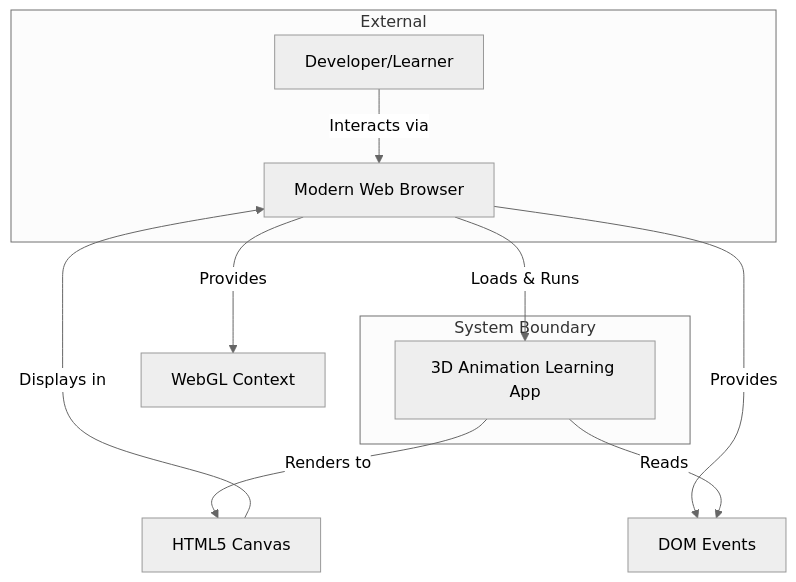
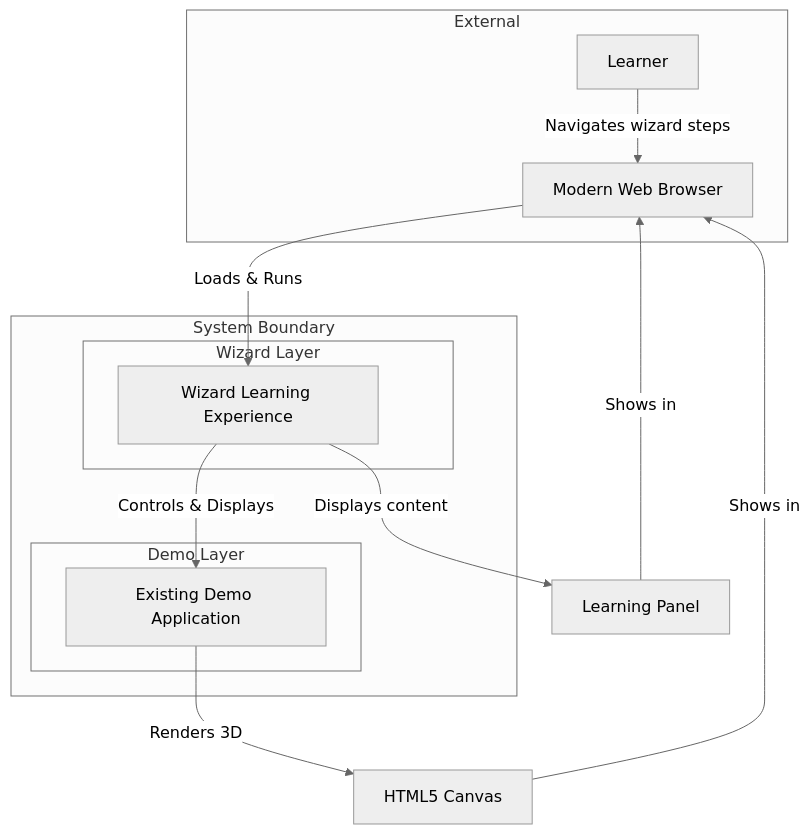
Before and after one commit to Jobaben/BmadWorkflow: the first of 3 diagrams in bmad/02-architecture/ARCHITECTURE.md, drawn with Mermaid (neutral theme). The commit also changed other lines of this file and 1 other file, not shown here.

First line of the commit message:
docs: Update Architecture v2.0 for Wizard Learning Experience

````diff
--- a/bmad/02-architecture/ARCHITECTURE.md
+++ b/bmad/02-architecture/ARCHITECTURE.md
@@ -51,20 +50,24 @@
 ```mermaid
 graph TB
     subgraph External
-        U[Developer/Learner]
+        U[Learner]
         B[Modern Web Browser]
     end
 
     subgraph "System Boundary"
-        SPA[3D Animation Learning App]
+        subgraph "Wizard Layer"
+            WL[Wizard Learning Experience]
+        end
+        subgraph "Demo Layer"
+            DL[Existing Demo Application]
+        end
     end
 
-    U -->|Interacts via| B
-    B -->|Loads & Runs| SPA
-    B -->|Provides| WebGL[WebGL Context]
-    B -->|Provides| Events[DOM Events]
-
-    SPA -->|Renders to| Canvas[HTML5 Canvas]
-    SPA -->|Reads| Events
-    Canvas -->|Displays in| B
+    U -->|Navigates wizard steps| B
+    B -->|Loads & Runs| WL
+    WL -->|Controls & Displays| DL
+    DL -->|Renders 3D| Canvas[HTML5 Canvas]
+    WL -->|Displays content| UIPanel[Learning Panel]
+    Canvas -->|Shows in| B
+    UIPanel -->|Shows in| B
 ```
````
